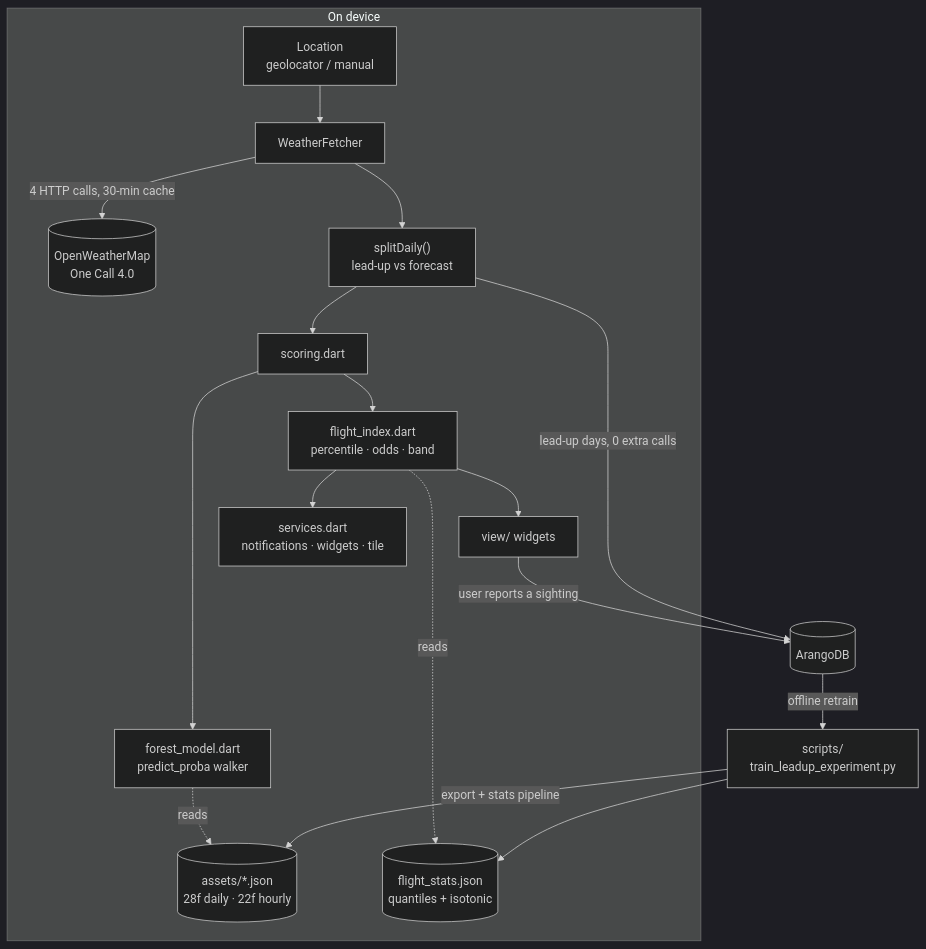
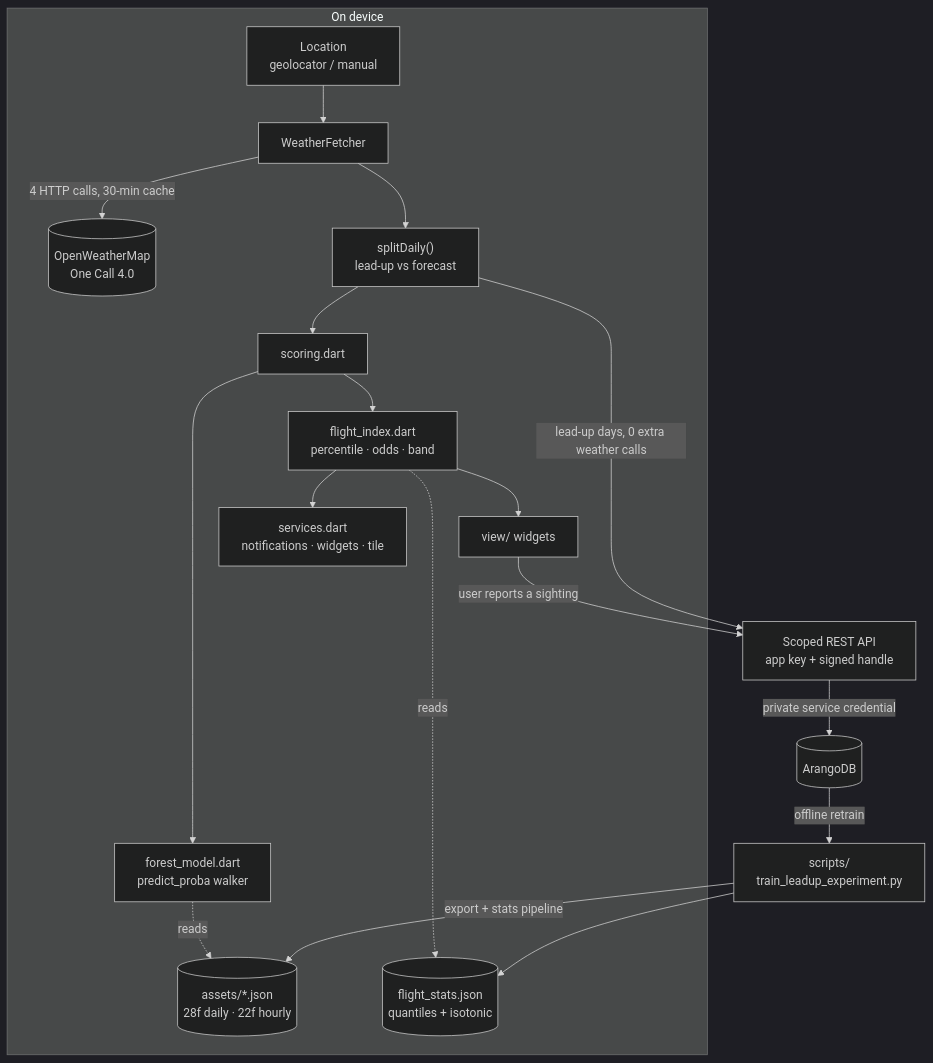
One commit to bradrushworth/nuptialflight changed the diagram in docs/ARCHITECTURE.md. Above: the diagram before and after it, drawn with Mermaid (dark theme). The commit also changed other lines of this file and 16 other files, not shown here.

````diff
--- a/docs/ARCHITECTURE.md
+++ b/docs/ARCHITECTURE.md
@@ -32,21 +32,22 @@
 ```mermaid
 flowchart TD
     subgraph device["On device"]
         LOC[Location<br/>geolocator / manual] --> WF[WeatherFetcher]
         WF -->|"4 HTTP calls, 30-min cache"| OWM[(OpenWeatherMap<br/>One Call 4.0)]
         WF --> SPLIT["splitDaily()<br/>lead-up vs forecast"]
         SPLIT --> SCORE[scoring.dart]
         SCORE --> FOREST["forest_model.dart<br/>predict_proba walker"]
         FOREST -.->|reads| ASSETS[("assets/*.json<br/>28f daily · 22f hourly")]
         SCORE --> IDX["flight_index.dart<br/>percentile · odds · band"]
         IDX -.->|reads| STATS[("flight_stats.json<br/>quantiles + isotonic")]
         IDX --> UI[view/ widgets]
         IDX --> SURF["services.dart<br/>notifications · widgets · tile"]
     end
 
-    UI -->|"user reports a sighting"| ARANGO[(ArangoDB)]
-    SPLIT -->|"lead-up days, 0 extra calls"| ARANGO
+    UI -->|"user reports a sighting"| API["Scoped REST API<br/>app key + signed handle"]
+    SPLIT -->|"lead-up days, 0 extra weather calls"| API
+    API -->|"private service credential"| ARANGO[(ArangoDB)]
     ARANGO -->|"offline retrain"| TRAIN["scripts/<br/>train_leadup_experiment.py"]
     TRAIN -->|"export + stats pipeline"| ASSETS
     TRAIN --> STATS
 ```
````
